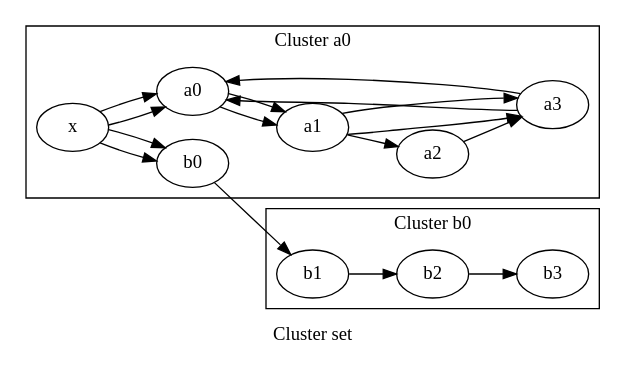
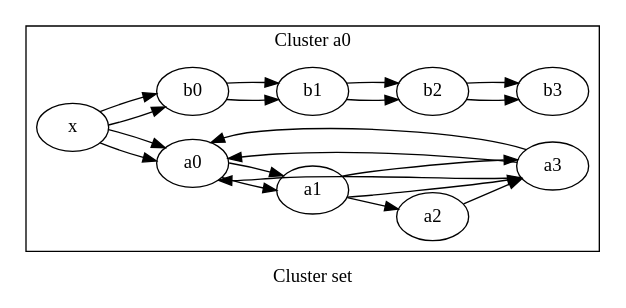
Before and after one commit to graphviz-perl/GraphViz2-Marpa-PathUtils: the diagram in data/12.clusters.out.gv, drawn with Graphviz. The commit also changed 11 other files, not shown here.

```diff
--- a/data/12.clusters.out.gv
+++ b/data/12.clusters.out.gv
@@ -1,67 +1,79 @@
 digraph G
 {
 graph [ label="Cluster set" rankdir="LR" ]
-
-subgraph "cluster a0"
-{
-graph [ label="Cluster a0" rankdir="LR" ]
-
-"a0"
-"a1"
-"a0" -> "a1" [ label="" ]
-"a1"
-"a3"
-"a1" -> "a3" [ label="" ]
-"a3"
-"a0"
-"a3" -> "a0" [ label="" ]
-"x"
-"a0"
-"x" -> "a0" [ label="" ]
-"x"
-"b0"
-"x" -> "b0" [ label="" ]
-}
 
 subgraph "cluster a0"
 {
 graph [ label="Cluster a0" rankdir="LR" ]
 
 "a0"
 "a1"
 "a0" -> "a1" [ label="" ]
 "a1"
 "a2"
 "a1" -> "a2" [ label="" ]
 "a1"
 "a3"
 "a1" -> "a3" [ label="" ]
 "a2"
 "a3"
 "a2" -> "a3" [ label="" ]
 "a3"
 "a0"
 "a3" -> "a0" [ label="" ]
-"x"
-"a0"
-"x" -> "a0" [ label="" ]
-}
-
-subgraph "cluster b0"
-{
-graph [ label="Cluster b0" rankdir="LR" ]
-
 "b0"
 "b1"
 "b0" -> "b1" [ label="" ]
 "b1"
 "b2"
 "b1" -> "b2" [ label="" ]
 "b2"
 "b3"
 "b2" -> "b3" [ label="" ]
 "x"
+"a0"
+"x" -> "a0" [ label="" ]
+"x"
+"b0"
+"x" -> "b0" [ label="" ]
+}
+
+subgraph "cluster a0"
+{
+graph [ label="Cluster a0" rankdir="LR" ]
+
+"a0"
+"a1"
+"a0" -> "a1" [ label="" ]
+"a1"
+"a3"
+"a1" -> "a3" [ label="" ]
+"a3"
+"a0"
+"a3" -> "a0" [ label="" ]
+}
+
+subgraph "cluster a3"
+{
+graph [ label="Cluster a3" rankdir="LR" ]
+
+"a3"
+"a0"
+"a3" -> "a0" [ label="" ]
+"b0"
+"b1"
+"b0" -> "b1" [ label="" ]
+"b1"
+"b2"
+"b1" -> "b2" [ label="" ]
+"b2"
+"b3"
+"b2" -> "b3" [ label="" ]
+"x"
+"a0"
+"x" -> "a0" [ label="" ]
+"x"
 "b0"
 "x" -> "b0" [ label="" ]
 }
 }
```
